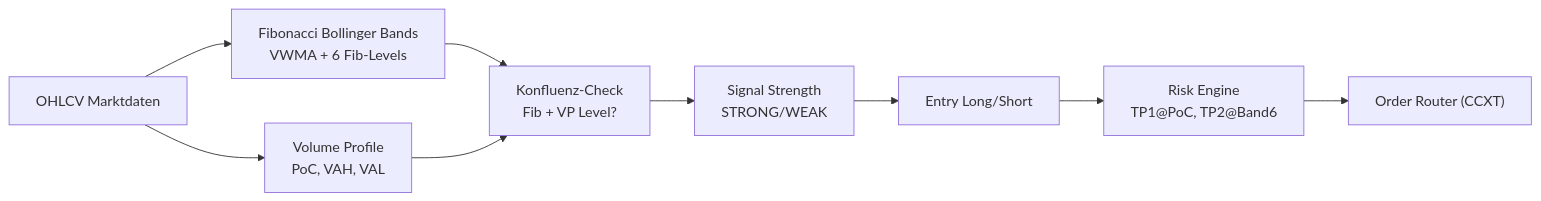
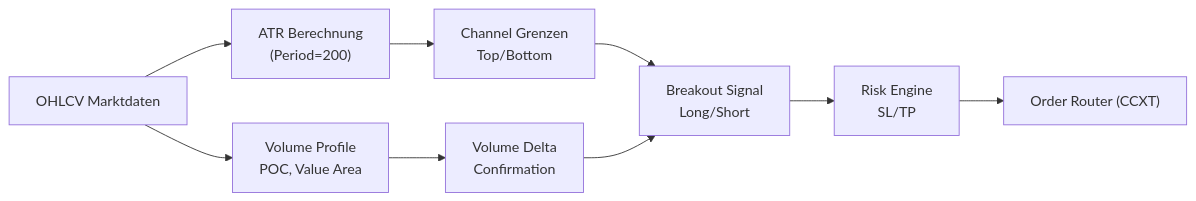
One commit to Youra82/kbot changed the diagram in README.md. Above: the diagram before and after it, drawn with Mermaid. The commit also changed other lines of this file, not shown here.

First line of the commit message:
README: Komplett aktualisiert für Volume Channel Flow v4.0

````diff
--- a/README.md
+++ b/README.md
@@ -31,15 +32,17 @@
 ```mermaid
 flowchart LR
     A["OHLCV Marktdaten"]
-    B["Fibonacci Bollinger Bands<br/>VWMA + 6 Fib-Levels"]
-    C["Volume Profile<br/>PoC, VAH, VAL"]
-    D["Konfluenz-Check<br/>Fib + VP Level?"]
-    E["Signal Strength<br/>STRONG/WEAK"]
-    F["Entry Long/Short"]
-    G["Risk Engine<br/>TP1@PoC, TP2@Band6"]
+    B["ATR Berechnung<br/>(Period=200)"]
+    C["Channel Grenzen<br/>Top/Bottom"]
+    D["Volume Profile<br/>POC, Value Area"]
+    E["Volume Delta<br/>Confirmation"]
+    F["Breakout Signal<br/>Long/Short"]
+    G["Risk Engine<br/>SL/TP"]
     H["Order Router (CCXT)"]
 
-    A --> B --> D
-    A --> C --> D
-    D --> E --> F --> G --> H
+    A --> B --> C
+    A --> D --> E
+    C --> F
+    E --> F
+    F --> G --> H
 ```
````
